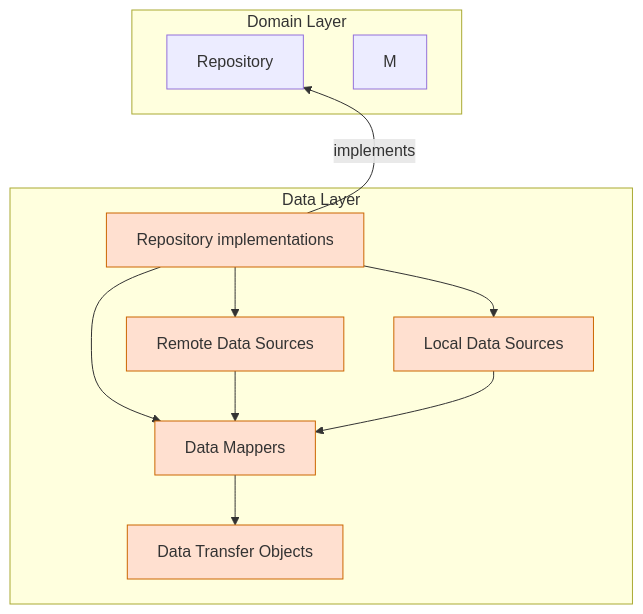
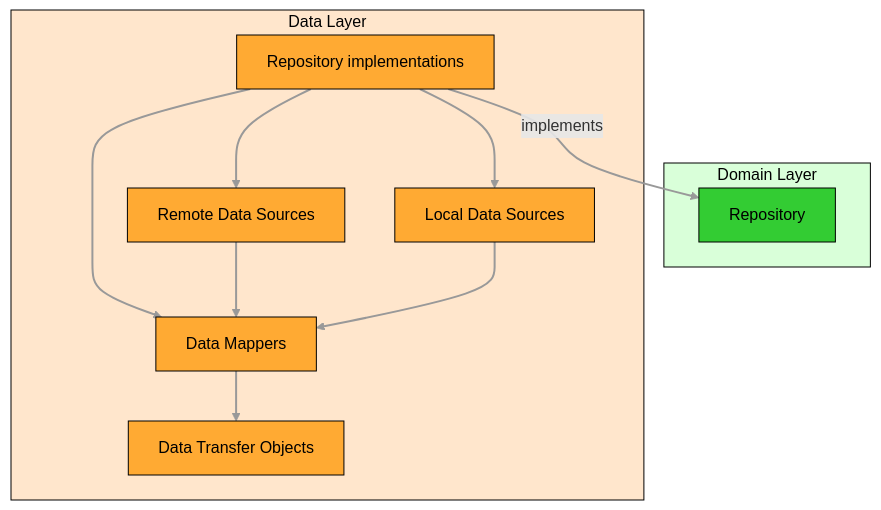
One commit to thunderbird/thunderbird-android changed the fourth of 5 diagrams in docs/architecture/README.md. Above: the diagram before and after it, drawn with Mermaid. The commit also changed other lines of this file and 5 other files, not shown here.

Commit message:
docs(architecture): improve diagram colors and unified styling and naming

````diff
--- a/docs/architecture/README.md
+++ b/docs/architecture/README.md
@@ -182,35 +211,34 @@
 ```mermaid
 graph TD
     subgraph DOMAIN[Domain Layer]
-        REPOSITORIES[Repository]
-        M
+        REPO_API[Repository]
     end
 
     subgraph DATA[Data Layer]
-        REPO[Repository implementations]
+        REPO_IMPL[Repository implementations]
         RDS[Remote Data Sources]
         LDS[Local Data Sources]
         MAPPER[Data Mappers]
         DTO[Data Transfer Objects]
     end
 
-    DOMAIN ~~~ DATA
-
-    REPO --> |implements| REPOSITORIES
-    REPO --> RDS
-    REPO --> LDS
-    REPO --> MAPPER
+    REPO_IMPL --> |implements| REPO_API
+    REPO_IMPL --> RDS
+    REPO_IMPL --> LDS
+    REPO_IMPL --> MAPPER
     RDS --> MAPPER
     LDS --> MAPPER
     MAPPER --> DTO
 
-    classDef repoClass fill:#ffe0d0,stroke:#cc6600
-    classDef dsClass fill:#ffe0d0,stroke:#cc6600
-    classDef mapperClass fill:#ffe0d0,stroke:#cc6600
-    classDef dtoClass fill:#ffe0d0,stroke:#cc6600
+    classDef domain_layer fill:#d9ffd9,stroke:#000000,color:#000000
+    classDef domain_class fill:#33cc33,stroke:#000000,color:#000000
+    classDef data_layer fill:#ffe6cc,stroke:#000000,color:#000000
+    classDef data_class fill:#ffaa33,stroke:#000000,color:#000000
 
-    class REPO repoClass
-    class RDS,LDS dsClass
-    class MAPPER mapperClass
-    class DTO dtoClass
+    linkStyle default stroke:#999,stroke-width:2px
+
+    class DOMAIN domain_layer
+    class REPO_API domain_class
+    class DATA data_layer
+    class REPO_IMPL,RDS,LDS,MAPPER,DTO data_class
 ```
````
